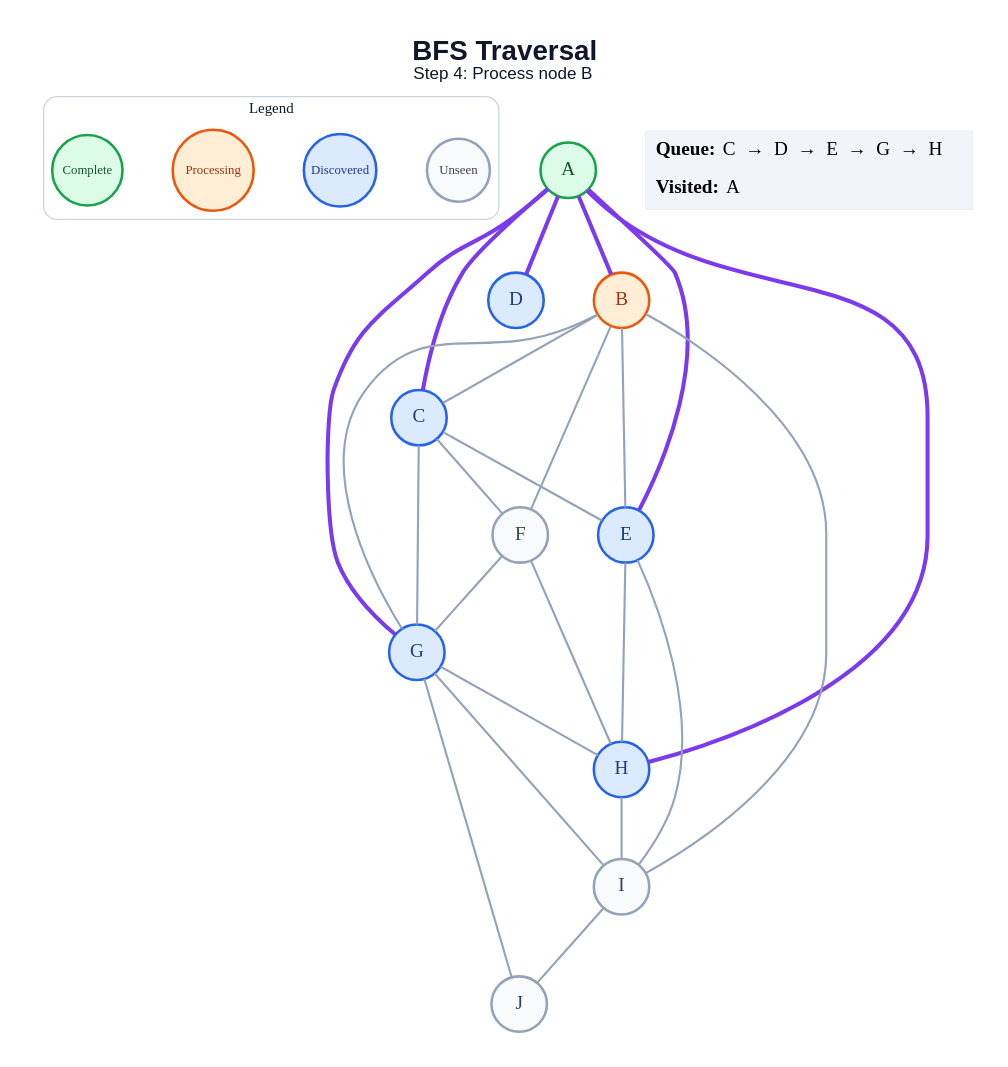
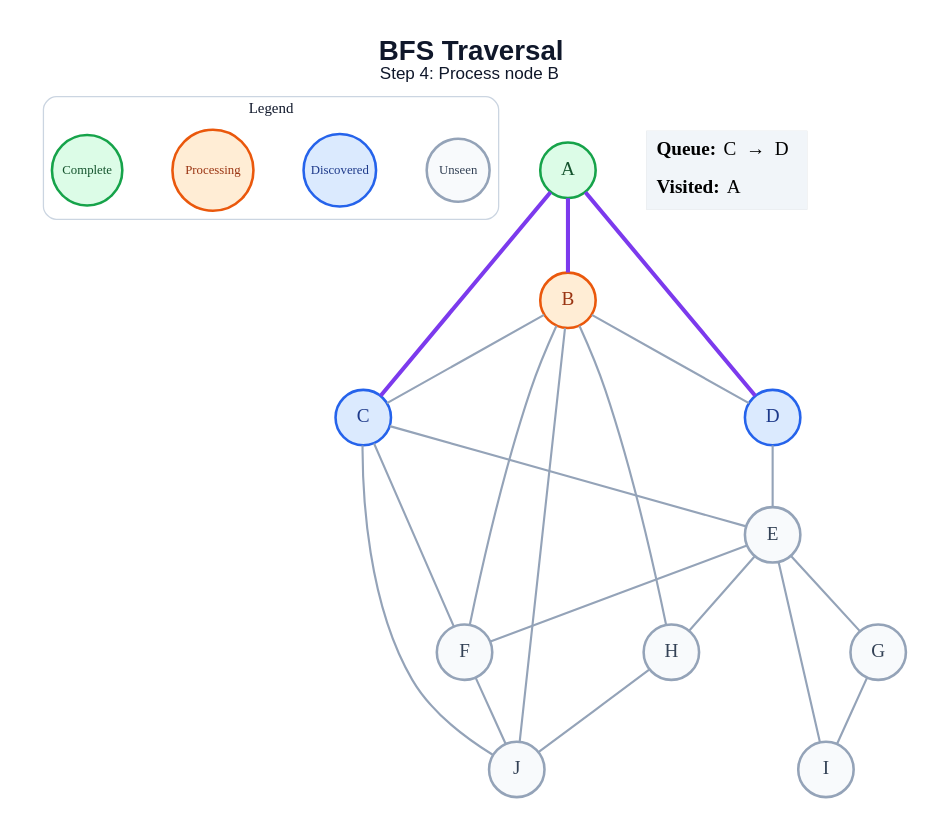
Before and after one commit to amanghodawala9/ai-slop: the diagram in generated/bfs/step_04.dot, drawn with Graphviz. The commit also changed 178 other files, not shown here.

```diff
--- a/generated/bfs/step_04.dot
+++ b/generated/bfs/step_04.dot
@@ -1,52 +1,48 @@
 graph traversal {
   graph [layout=dot, rankdir=TB, bgcolor="#FFFFFF", pad="0.35", nodesep="0.65", ranksep="0.8", fontname="Arial"];
   node [shape=circle, style="filled", fontname="Arial Bold", fontsize=18, width=0.72, fixedsize=true, penwidth=2.4];
   edge [color="#94A3B8", penwidth=2.0];
   label=<<B>BFS Traversal</B><BR/><FONT POINT-SIZE="16">Step 4: Process node B</FONT>>; labelloc="t"; fontsize=26; fontname="Arial"; fontcolor="#0F172A";
   subgraph cluster_legend { label="Legend"; color="#CBD5E1"; penwidth=1.2; style="rounded"; fontsize=14; fontname="Arial Bold";
     key_unseen [label="Unseen", fillcolor="#F8FAFC", color="#94A3B8", fontcolor="#334155", fontsize=12, width=0.82];
     key_frontier [label="Discovered", fillcolor="#DBEAFE", color="#2563EB", fontcolor="#1E3A8A", fontsize=12, width=0.95];
     key_current [label="Processing", fillcolor="#FFEDD5", color="#EA580C", fontcolor="#9A3412", fontsize=12, width=1.05];
     key_done [label="Complete", fillcolor="#DCFCE7", color="#16A34A", fontcolor="#14532D", fontsize=12, width=0.92];
     { rank=same; key_unseen; key_frontier; key_current; key_done; }
   }
   A [fillcolor="#DCFCE7", color="#16A34A", fontcolor="#14532D"];
   B [fillcolor="#FFEDD5", color="#EA580C", fontcolor="#9A3412"];
   C [fillcolor="#DBEAFE", color="#2563EB", fontcolor="#1E3A8A"];
   D [fillcolor="#DBEAFE", color="#2563EB", fontcolor="#1E3A8A"];
-  E [fillcolor="#DBEAFE", color="#2563EB", fontcolor="#1E3A8A"];
+  E [fillcolor="#F8FAFC", color="#94A3B8", fontcolor="#334155"];
   F [fillcolor="#F8FAFC", color="#94A3B8", fontcolor="#334155"];
-  G [fillcolor="#DBEAFE", color="#2563EB", fontcolor="#1E3A8A"];
-  H [fillcolor="#DBEAFE", color="#2563EB", fontcolor="#1E3A8A"];
+  G [fillcolor="#F8FAFC", color="#94A3B8", fontcolor="#334155"];
+  H [fillcolor="#F8FAFC", color="#94A3B8", fontcolor="#334155"];
   I [fillcolor="#F8FAFC", color="#94A3B8", fontcolor="#334155"];
   J [fillcolor="#F8FAFC", color="#94A3B8", fontcolor="#334155"];
   A -- B [color="#7C3AED", penwidth=3.8];
   A -- C [color="#7C3AED", penwidth=3.8];
   A -- D [color="#7C3AED", penwidth=3.8];
-  A -- E [color="#7C3AED", penwidth=3.8];
-  A -- G [color="#7C3AED", penwidth=3.8];
-  A -- H [color="#7C3AED", penwidth=3.8];
   B -- C;
-  B -- E;
+  B -- D;
   B -- F;
-  B -- G;
-  B -- I;
+  B -- H;
+  B -- J;
   C -- E;
   C -- F;
-  C -- G;
+  C -- J;
+  D -- E;
+  E -- F;
+  E -- G;
   E -- H;
   E -- I;
-  F -- G;
-  F -- H;
-  G -- H;
+  F -- J;
   G -- I;
-  G -- J;
-  H -- I;
-  I -- J;
+  H -- J;
   status [shape=plain, fixedsize=false, width=0, height=0, margin=0, label=<
     <TABLE BORDER="0" CELLBORDER="0" CELLPADDING="7" BGCOLOR="#F1F5F9">
-      <TR><TD ALIGN="LEFT"><B>Queue:</B> C  →  D  →  E  →  G  →  H</TD></TR>
+      <TR><TD ALIGN="LEFT"><B>Queue:</B> C  →  D</TD></TR>
       <TR><TD ALIGN="LEFT"><B>Visited:</B> A</TD></TR>
     </TABLE>
   >];
 }
```
